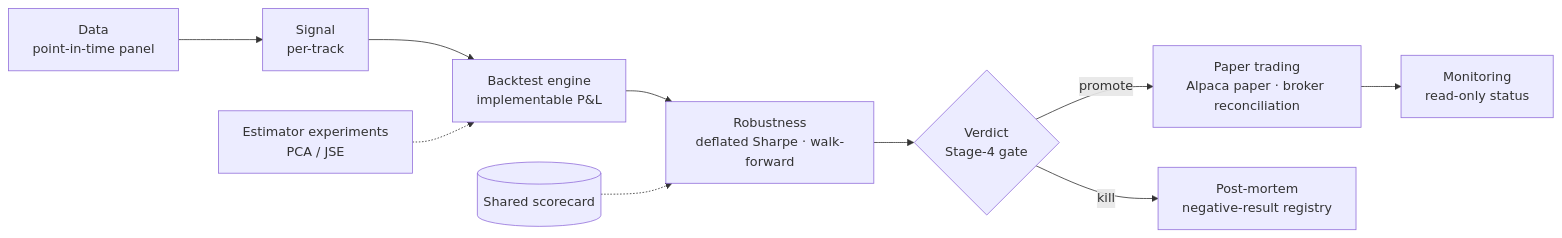
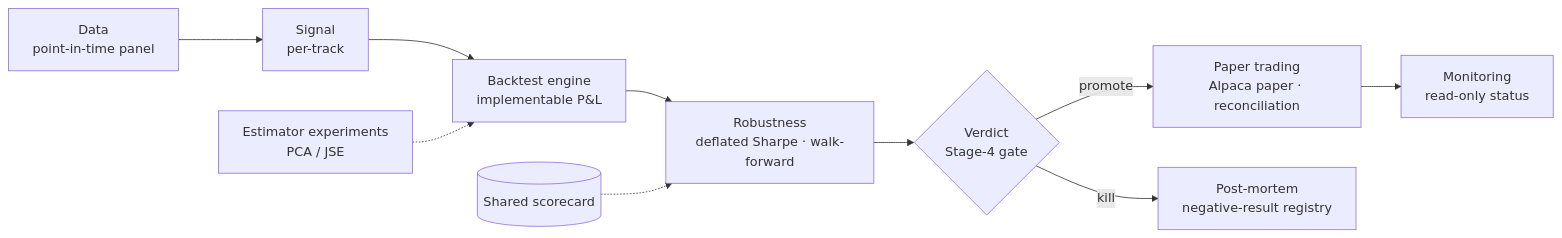
The diagram in README.md (rimrim05/alpha-lab), drawn with Mermaid before and after one commit. The commit also changed other lines of this file, not shown here.

````diff
--- a/README.md
+++ b/README.md
@@ -27,12 +40,12 @@
 ```mermaid
 flowchart LR
     D[Data<br/>point-in-time panel] --> S[Signal<br/>per-track]
     S --> B[Backtest engine<br/>implementable P&L]
     B --> R[Robustness<br/>deflated Sharpe · walk-forward]
     R --> V{Verdict<br/>Stage-4 gate}
-    V -->|promote| P[Paper trading<br/>Alpaca paper · broker reconciliation]
+    V -->|promote| P[Paper trading<br/>Alpaca paper · reconciliation]
     V -->|kill| K[Post-mortem<br/>negative-result registry]
     P --> M[Monitoring<br/>read-only status]
     SC[(Shared scorecard)] -.-> R
     E[Estimator experiments<br/>PCA / JSE] -.-> B
 ```
````
